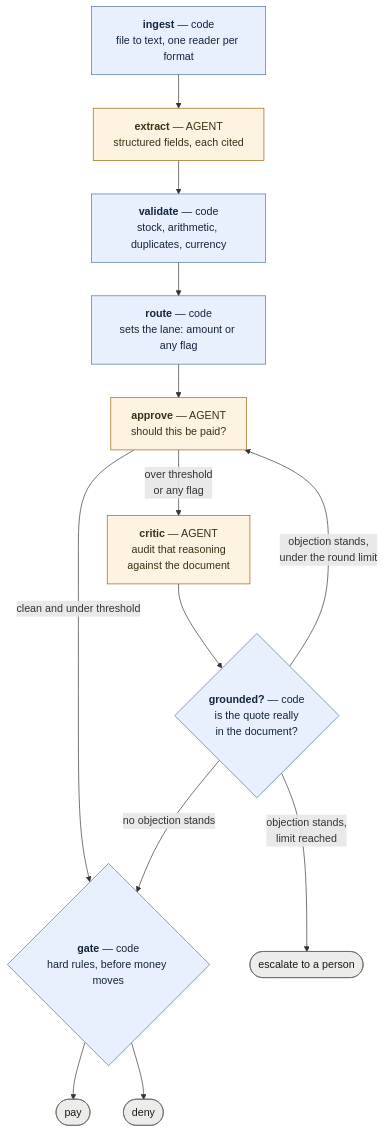
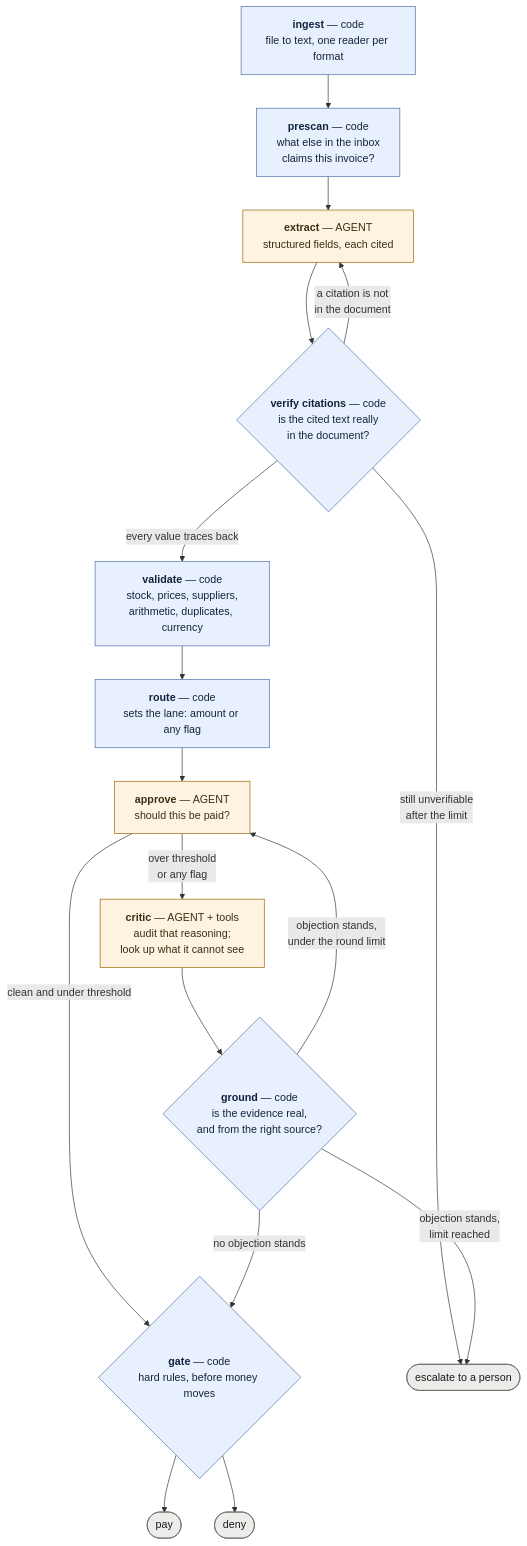
Before and after one commit to francis-bond/multi-agent-invoice-processing: the diagram in README.md, drawn with Mermaid. The commit also changed other lines of this file and 14 other files, not shown here.

````diff
--- a/README.md
+++ b/README.md
@@ -166,31 +166,37 @@
 ```mermaid
 flowchart TD
     ingest["<b>ingest</b> — code<br/>file to text, one reader per format"]
+    prescan["<b>prescan</b> — code<br/>what else in the inbox<br/>claims this invoice?"]
     extract["<b>extract</b> — AGENT<br/>structured fields, each cited"]
-    validate["<b>validate</b> — code<br/>stock, arithmetic, duplicates, currency"]
+    cite{"<b>verify citations</b> — code<br/>is the cited text really<br/>in the document?"}
+    validate["<b>validate</b> — code<br/>stock, prices, suppliers,<br/>arithmetic, duplicates, currency"]
     route["<b>route</b> — code<br/>sets the lane: amount or any flag"]
     approve["<b>approve</b> — AGENT<br/>should this be paid?"]
-    critic["<b>critic</b> — AGENT<br/>audit that reasoning<br/>against the document"]
-    ground{"<b>grounded?</b> — code<br/>is the quote really<br/>in the document?"}
+    critic["<b>critic</b> — AGENT + tools<br/>audit that reasoning;<br/>look up what it cannot see"]
+    ground{"<b>ground</b> — code<br/>is the evidence real,<br/>and from the right source?"}
     gate{"<b>gate</b> — code<br/>hard rules, before money moves"}
     pay(["pay"])
     deny(["deny"])
     escalate(["escalate to a person"])
 
-    ingest --> extract --> validate --> route --> approve
+    ingest --> prescan --> extract --> cite
+    cite -->|"a citation is not<br/>in the document"| extract
+    cite -->|"still unverifiable<br/>after the limit"| escalate
+    cite -->|"every value traces back"| validate
+    validate --> route --> approve
     approve -->|"clean and under threshold"| gate
     approve -->|"over threshold<br/>or any flag"| critic
     critic --> ground
     ground -->|"no objection stands"| gate
     ground -->|"objection stands,<br/>under the round limit"| approve
     ground -->|"objection stands,<br/>limit reached"| escalate
     gate --> pay
     gate --> deny
 
     classDef code fill:#e8f0fe,stroke:#4a6fa5,color:#13243d
     classDef agent fill:#fdf3e0,stroke:#9a6400,color:#3d2f13
     classDef terminal fill:#ececea,stroke:#6b6b64,color:#1a1a18
-    class ingest,validate,route,ground,gate code
+    class ingest,prescan,validate,route,cite,ground,gate code
     class extract,approve,critic agent
     class pay,deny,escalate terminal
 ```
````
